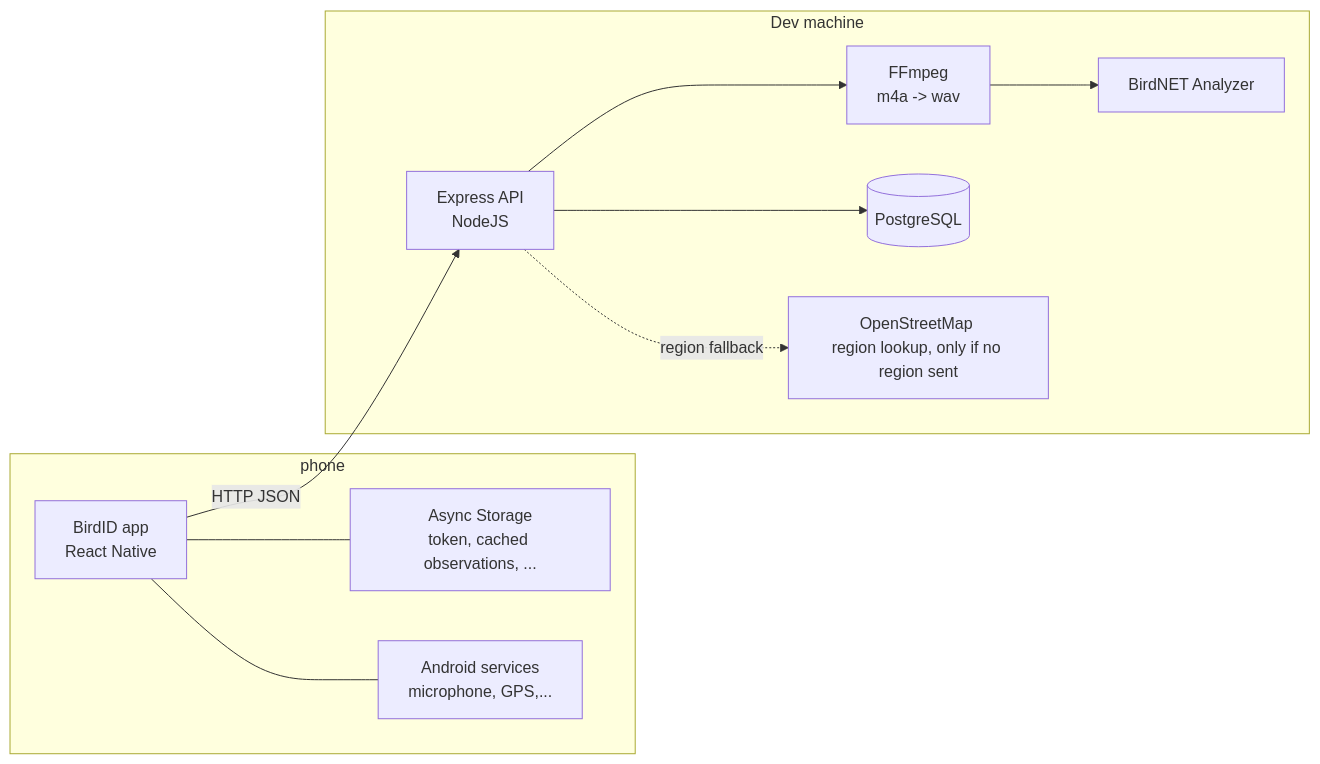
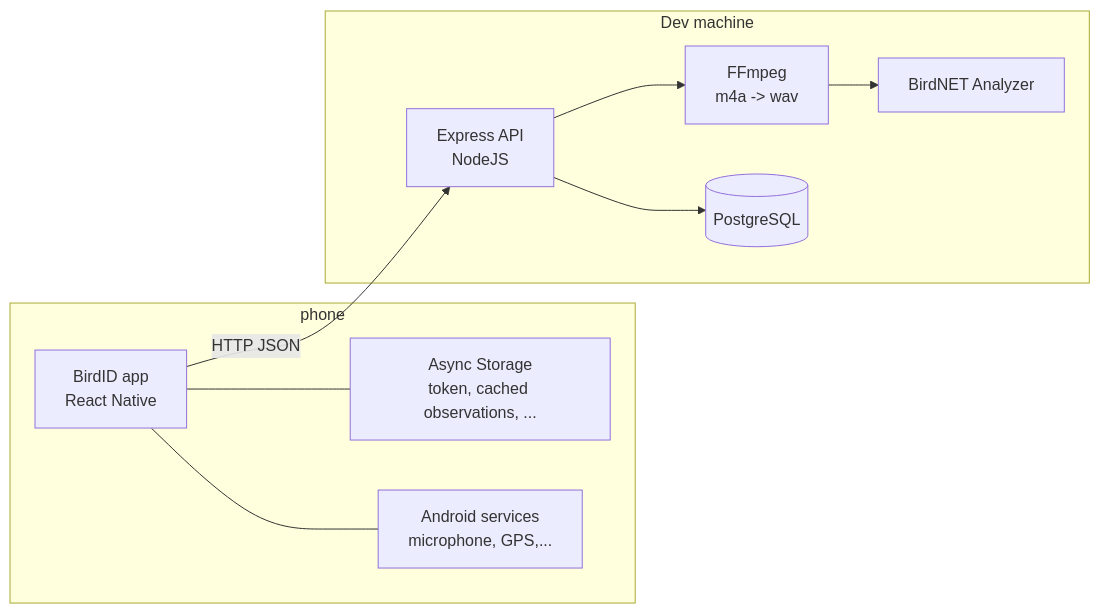
One commit to Ilse547/BirdID changed the diagram in docs/architecture.md. Above: the diagram before and after it, drawn with Mermaid. The commit also changed other lines of this file and 4 other files, not shown here.

````diff
--- a/docs/architecture.md
+++ b/docs/architecture.md
@@ -6,24 +6,22 @@
 ```mermaid
 flowchart LR
     subgraph Phone["phone"]
         APP["BirdID app<br/>React Native"]
         CACHE["Async Storage<br/>token, cached observations, ..."]
         ANDROID["Android services<br/>microphone, GPS,..."]
         APP --- CACHE
         APP --- ANDROID
     end
 
     subgraph Server["Dev machine"]
         API["Express API<br/>NodeJS"]
         BIRDNET["BirdNET Analyzer"]
         FFMPEG["FFmpeg<br/>m4a -> wav"]
         DB[("PostgreSQL")]
-        FALLBACK["OpenStreetMap <br/>region lookup, only if no region sent"]
         API --> FFMPEG
         FFMPEG --> BIRDNET
         API --> DB
-        API -. "region fallback" .-> FALLBACK
     end
 
     APP -- "HTTP JSON" --> API
 ```
````
